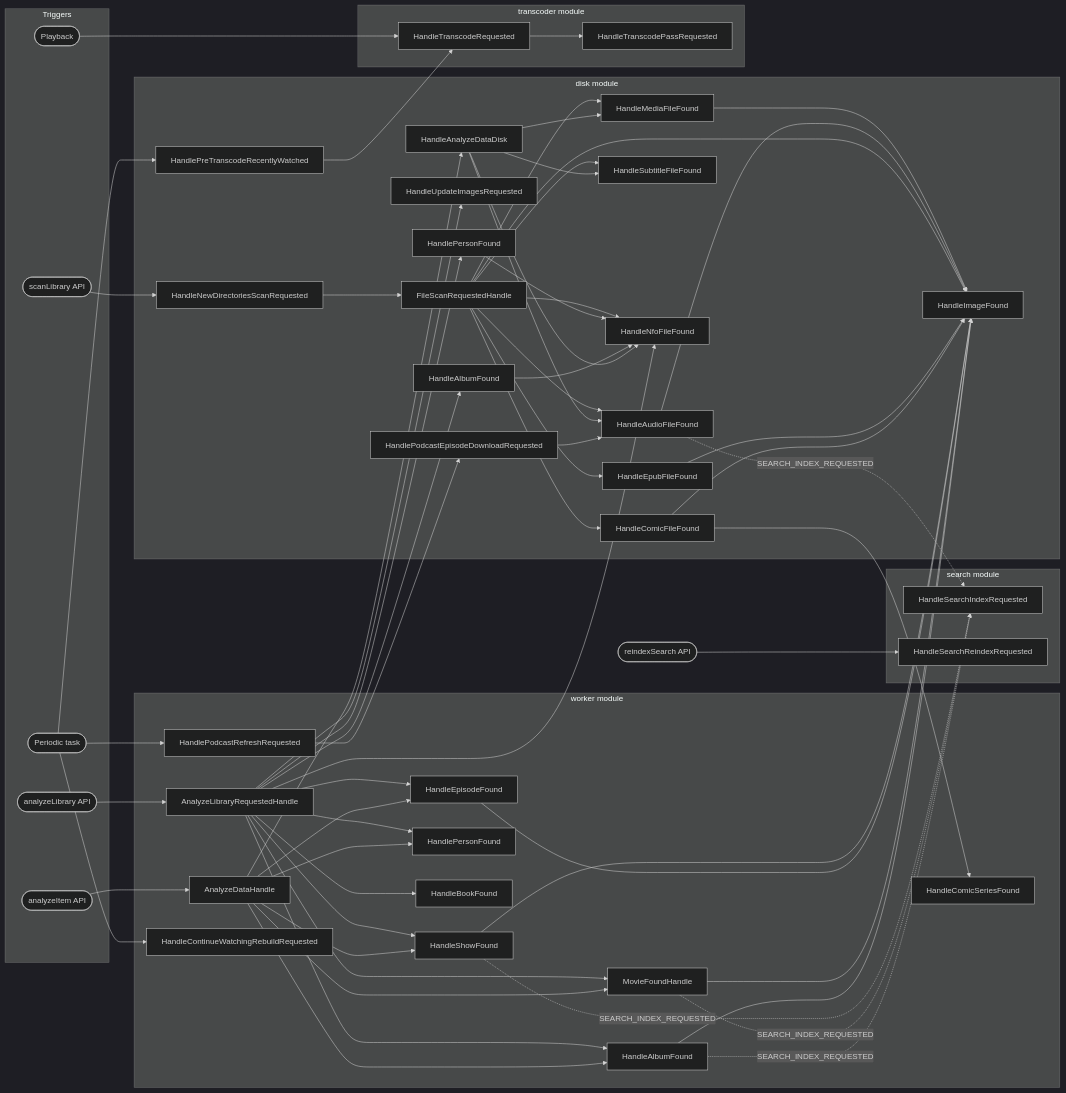
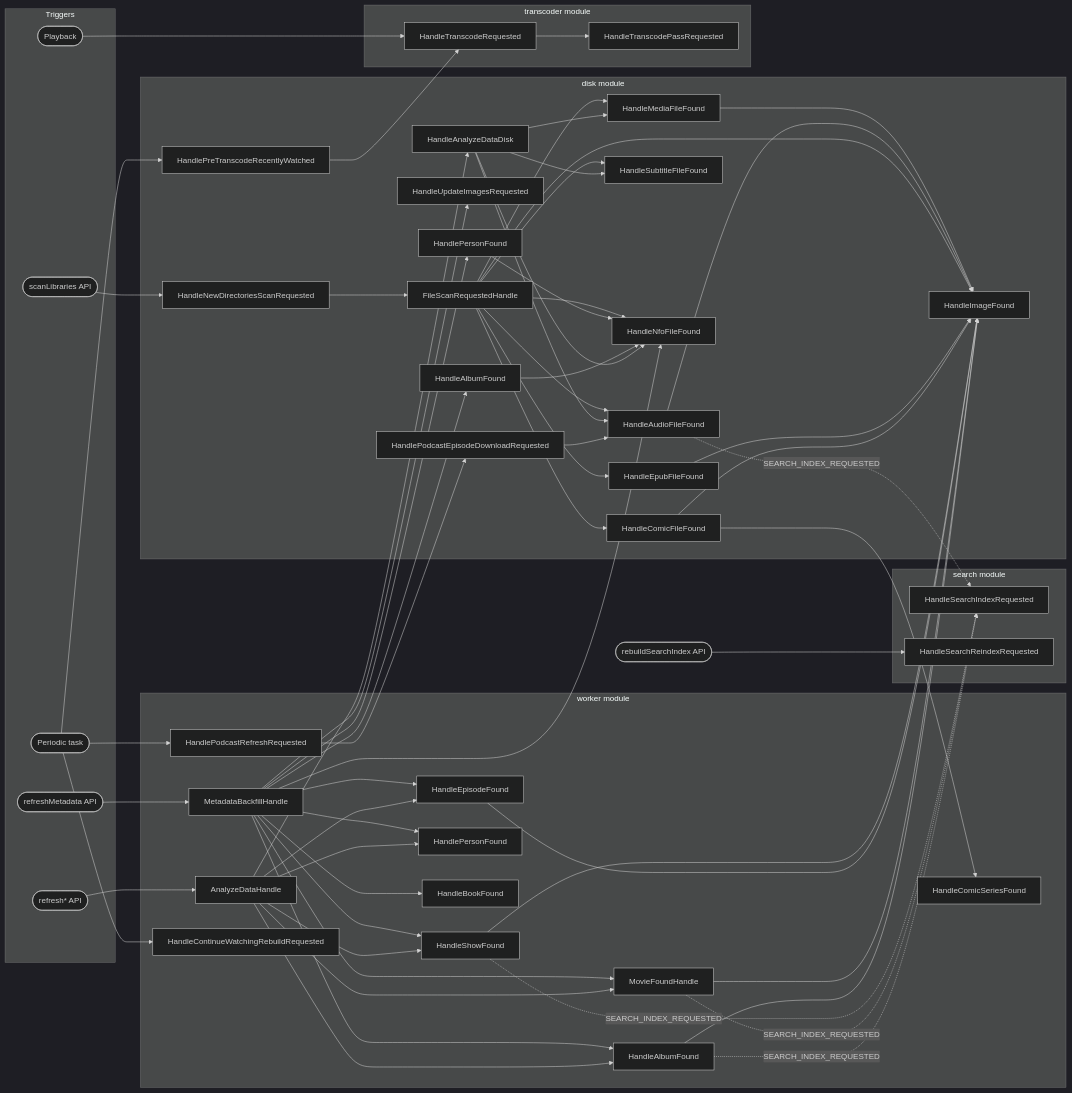
The diagram in doc/architecture/diagrams/event-overview.md (ister-app/server), drawn with Mermaid (dark theme) before and after one commit. The commit also changed 23 other files, not shown here.

First line of the commit message:
docs: describe the redesigned maintenance flows

````diff
--- a/doc/architecture/diagrams/event-overview.md
+++ b/doc/architecture/diagrams/event-overview.md
@@ -6,9 +6,9 @@
 ```mermaid
 graph LR
     subgraph Triggers
-        T1([scanLibrary API])
-        T2([analyzeLibrary API])
-        T3([analyzeItem API])
+        T1([scanLibraries API])
+        T2([refreshMetadata API])
+        T3([refresh* API])
         T4([Periodic task])
         T5([Playback])
     end
@@ -32,7 +32,7 @@
     end
 
     subgraph worker module
-        W1[AnalyzeLibraryRequestedHandle]
+        W1[MetadataBackfillHandle]
         W2[AnalyzeDataHandle]
         W3[HandleShowFound]
         W4[HandleEpisodeFound]
@@ -87,6 +87,6 @@
     T4 --> W10 --> H15 --> H4
     T4 --> W11
 
-    T6([reindexSearch API]) --> S2
+    T6([rebuildSearchIndex API]) --> S2
     W3 & W5 & W7 & H4 -.->|SEARCH_INDEX_REQUESTED| S1
 ```
````
